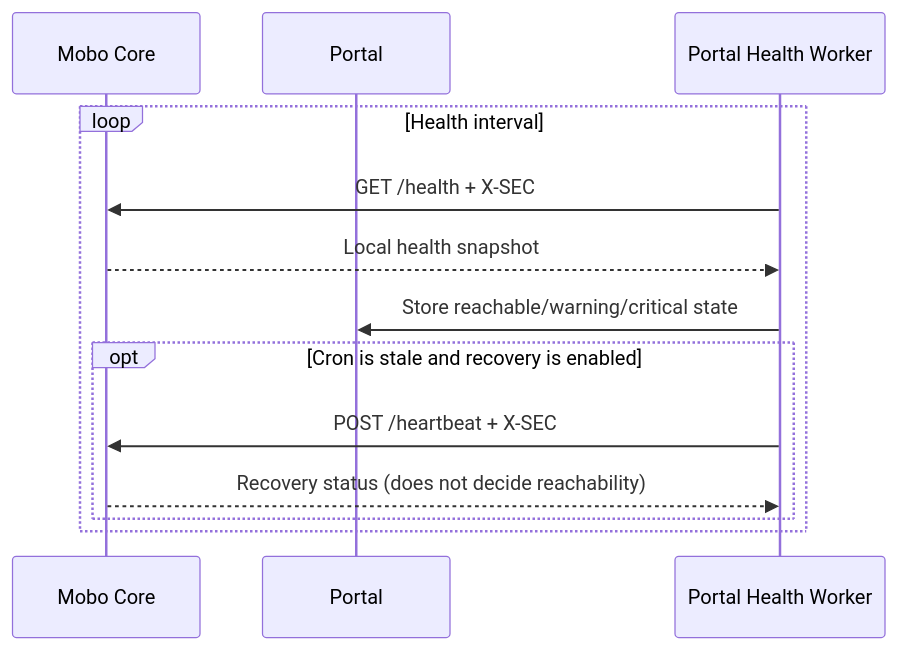
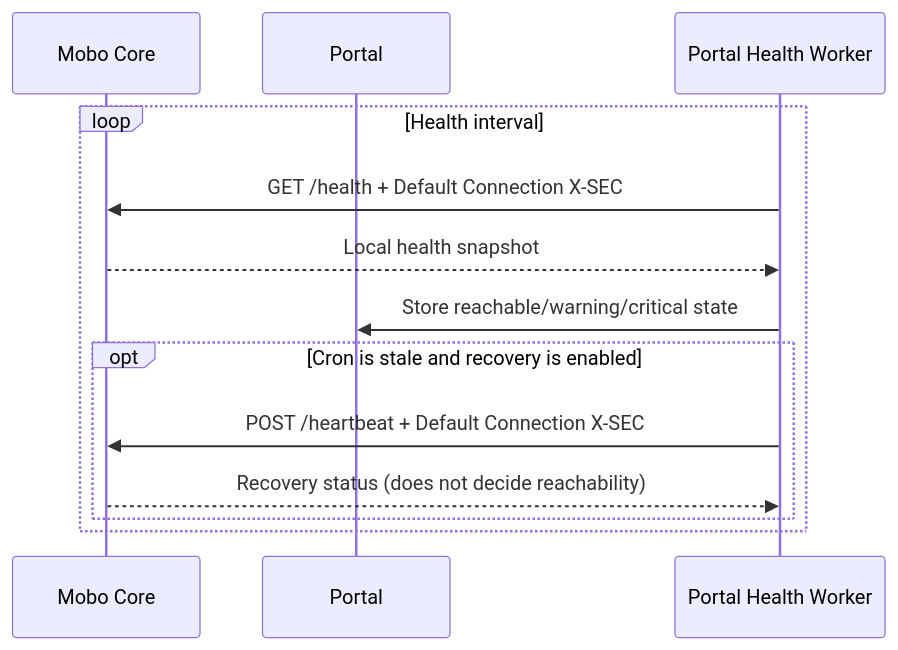
Before and after one commit to PedramDev/mobo-core: diagram 11 of 11 in wp-content/plugins/mobo-core/DIAGRAMS.MD, drawn with Mermaid. The commit also changed other lines of this file and 253 other files, not shown here.

````diff
--- a/wp-content/plugins/mobo-core/DIAGRAMS.MD
+++ b/wp-content/plugins/mobo-core/DIAGRAMS.MD
@@ -250,16 +252,16 @@
 ```mermaid
 sequenceDiagram
     participant WP as Mobo Core
     participant P as Portal
     participant HW as Portal Health Worker
 
     loop Health interval
-        HW->>WP: GET /health + X-SEC
+        HW->>WP: GET /health + Default Connection X-SEC
         WP-->>HW: Local health snapshot
         HW->>P: Store reachable/warning/critical state
         opt Cron is stale and recovery is enabled
-            HW->>WP: POST /heartbeat + X-SEC
+            HW->>WP: POST /heartbeat + Default Connection X-SEC
             WP-->>HW: Recovery status (does not decide reachability)
         end
     end
 ```
````
